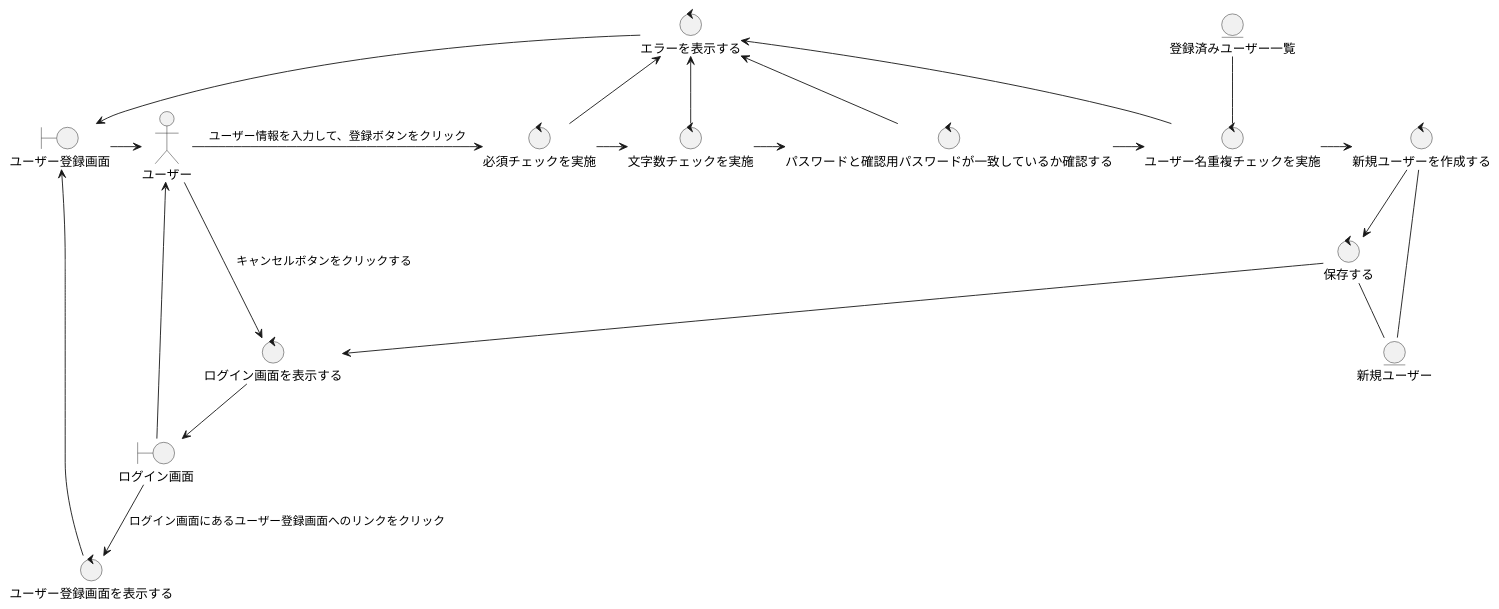
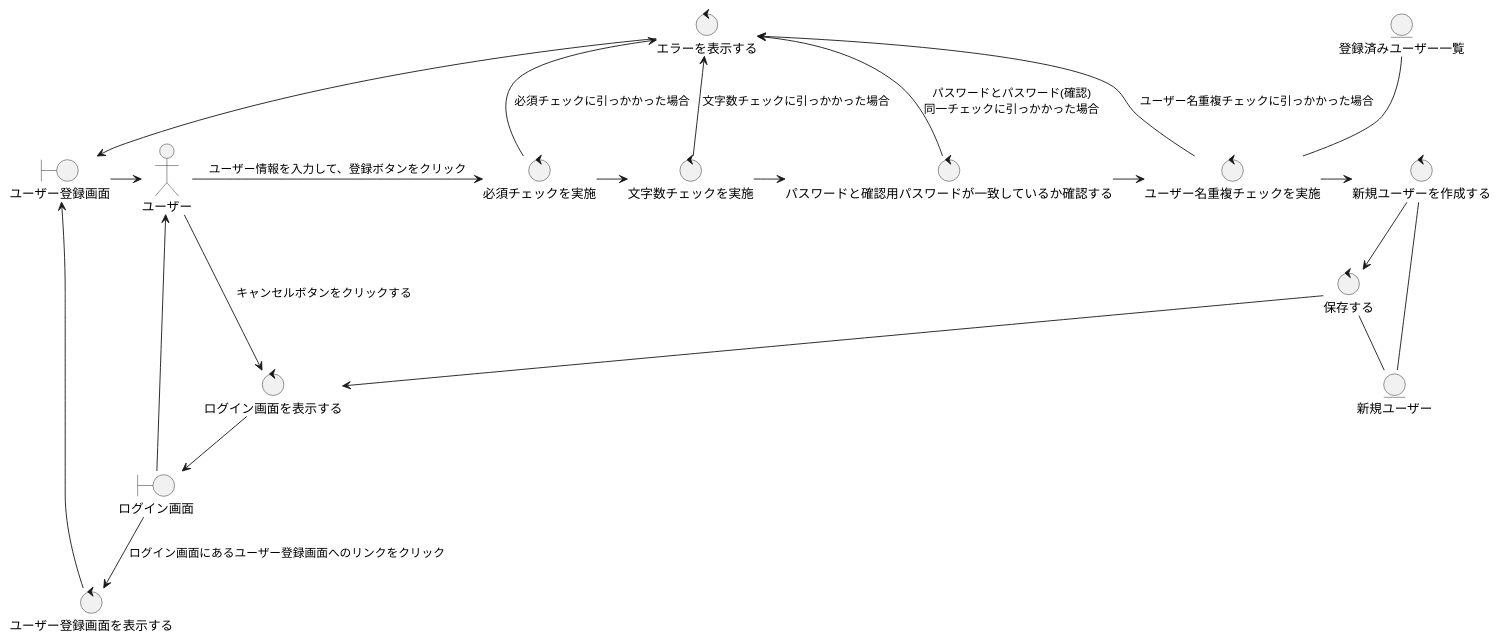
The diagram in docs/詳細設計/ロバストネス図/ユーザー登録/ユーザー登録する(ロバストネス図).puml (CSTSCSTS/UserAp), drawn with PlantUML before and after one commit. The commit also changed 3 other files, not shown here.

Commit message:
ロバストネス図の代替コース箇所を修正

```diff
--- a/docs/詳細設計/ロバストネス図/ユーザー登録/ユーザー登録する(ロバストネス図).puml
+++ b/docs/詳細設計/ロバストネス図/ユーザー登録/ユーザー登録する(ロバストネス図).puml
@@ -1,48 +1,48 @@
 @startuml
 
 actor ユーザー
 
 boundary ログイン画面
 boundary ユーザー登録画面
 control 必須チェックを実施
 control 文字数チェックを実施
 control パスワードと確認用パスワードが一致しているか確認する
 control ユーザー名重複チェックを実施
 control エラーを表示する
 control 新規ユーザーを作成する
 control 保存する
 control エラーを表示する
 control ユーザー登録画面を表示する
 control ログイン画面を表示する
 entity 登録済みユーザー一覧
 entity 新規ユーザー
 
 '基本コース
 ログイン画面 -down-> ユーザー登録画面を表示する: ログイン画面にあるユーザー登録画面へのリンクをクリック
 ユーザー登録画面を表示する -right-> ユーザー登録画面
 ユーザー登録画面 -right-> ユーザー
 ユーザー -right-> 必須チェックを実施: ユーザー情報を入力して、登録ボタンをクリック
 必須チェックを実施 -right-> 文字数チェックを実施
 文字数チェックを実施 -right-> パスワードと確認用パスワードが一致しているか確認する
 パスワードと確認用パスワードが一致しているか確認する -right-> ユーザー名重複チェックを実施
 ユーザー名重複チェックを実施 -right-> 新規ユーザーを作成する
 新規ユーザーを作成する -down-> 保存する
 保存する -down-> ログイン画面を表示する
 ログイン画面を表示する -down-> ログイン画面
 
 ユーザー名重複チェックを実施 -up- 登録済みユーザー一覧
 新規ユーザーを作成する -- 新規ユーザー
 保存する -- 新規ユーザー
 
 '代替コース
 ユーザー -down-> ログイン画面を表示する: キャンセルボタンをクリックする
 ログイン画面 -left-> ユーザー
 
-必須チェックを実施  -up-> エラーを表示する
-文字数チェックを実施 -up-> エラーを表示する
-パスワードと確認用パスワードが一致しているか確認する -up-> エラーを表示する
-ユーザー名重複チェックを実施 -up-> エラーを表示する
+必須チェックを実施  -up-> エラーを表示する : 必須チェックに引っかかった場合
+文字数チェックを実施 -up-> エラーを表示する : 文字数チェックに引っかかった場合
+パスワードと確認用パスワードが一致しているか確認する -up-> エラーを表示する : パスワードとパスワード(確認)\n同一チェックに引っかかった場合
+ユーザー名重複チェックを実施 -up-> エラーを表示する : ユーザー名重複チェックに引っかかった場合
 エラーを表示する --> ユーザー登録画面
 
 
 @enduml
```
